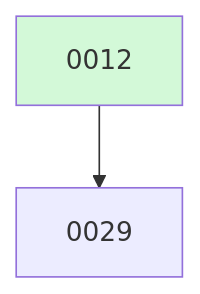
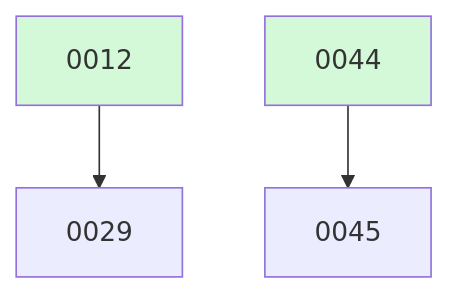
One commit to ethanhinson/fuse changed the diagram in docs/changes/BOARD.md. Above: the diagram before and after it, drawn with Mermaid. The commit also changed other lines of this file, not shown here.

````diff
--- a/docs/changes/BOARD.md
+++ b/docs/changes/BOARD.md
@@ -11,6 +17,8 @@
 ```mermaid
 graph TD
   0012 --> 0029
+  0044 --> 0045
   0012:::done
+  0044:::done
   classDef done fill:#d3f9d8;
 ```
````
